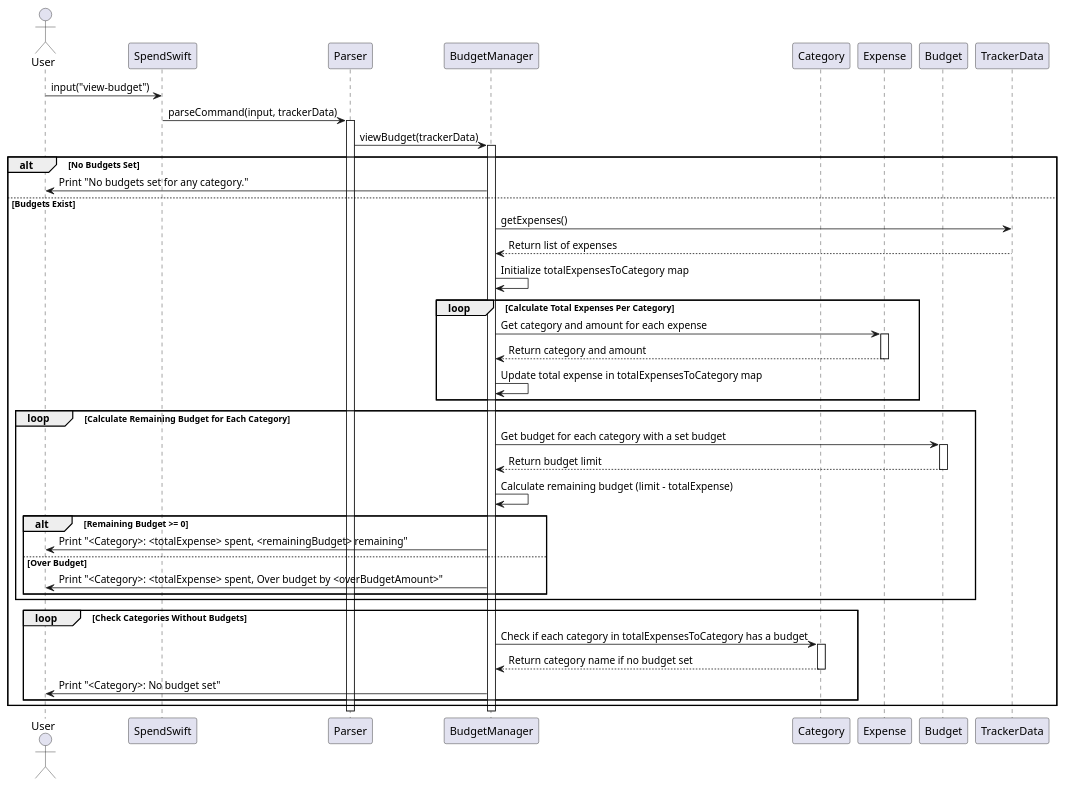
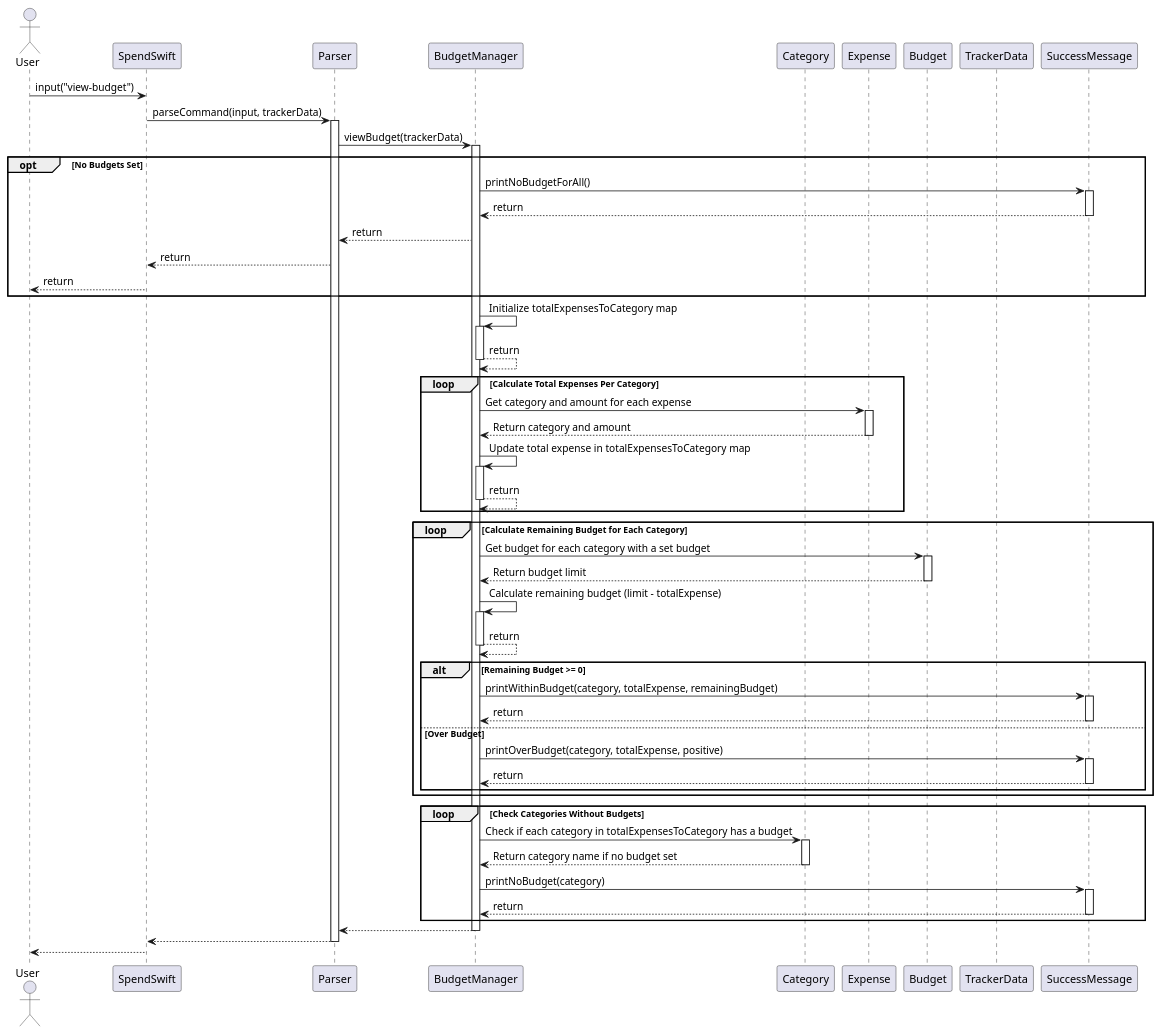
The diagram in docs/diagrams/ViewBudget.puml (nus-cs2113-AY2425S1/tp), drawn with PlantUML before and after one commit. The commit also changed 2 other files, not shown here.

Commit message:
Add view-budget sequence diagram

```diff
--- a/docs/diagrams/ViewBudget.puml
+++ b/docs/diagrams/ViewBudget.puml
@@ -1,63 +1,88 @@
 @startuml
 
 actor User
 participant SpendSwift
 participant Parser
 participant BudgetManager
 participant Category
 participant Expense
 participant Budget
 participant TrackerData
+participant SuccessMessage
 
 User -> SpendSwift : input("view-budget")
 SpendSwift -> Parser : parseCommand(input, trackerData)
 
 activate Parser
 Parser -> BudgetManager : viewBudget(trackerData)
 activate BudgetManager
 
-alt No Budgets Set
-    BudgetManager -> User : Print "No budgets set for any category."
-else Budgets Exist
-    BudgetManager -> TrackerData : getExpenses()
-    TrackerData --> BudgetManager : Return list of expenses
+opt No Budgets Set
+    BudgetManager -> SuccessMessage : printNoBudgetForAll()
+    activate SuccessMessage
+    SuccessMessage --> BudgetManager : return
+    deactivate SuccessMessage
+    BudgetManager --> Parser : return
+    Parser --> SpendSwift : return
+    SpendSwift --> User : return
+end
 
     BudgetManager -> BudgetManager : Initialize totalExpensesToCategory map
+    activate BudgetManager
+    BudgetManager --> BudgetManager : return
+    deactivate BudgetManager
 
     loop Calculate Total Expenses Per Category
         BudgetManager -> Expense : Get category and amount for each expense
         activate Expense
         Expense --> BudgetManager : Return category and amount
         deactivate Expense
 
         BudgetManager -> BudgetManager : Update total expense in totalExpensesToCategory map
+        activate BudgetManager
+            BudgetManager --> BudgetManager : return
+        deactivate BudgetManager
     end
 
     loop Calculate Remaining Budget for Each Category
         BudgetManager -> Budget : Get budget for each category with a set budget
         activate Budget
         Budget --> BudgetManager : Return budget limit
         deactivate Budget
 
         BudgetManager -> BudgetManager : Calculate remaining budget (limit - totalExpense)
+        activate BudgetManager
+        BudgetManager --> BudgetManager : return
+        deactivate BudgetManager
 
         alt Remaining Budget >= 0
-            BudgetManager -> User : Print "<Category>: <totalExpense> spent, <remainingBudget> remaining"
+            BudgetManager -> SuccessMessage : printWithinBudget(category, totalExpense, remainingBudget)
+            activate SuccessMessage
+            SuccessMessage --> BudgetManager : return
+            deactivate SuccessMessage
         else Over Budget
-            BudgetManager -> User : Print "<Category>: <totalExpense> spent, Over budget by <overBudgetAmount>"
+            BudgetManager -> SuccessMessage : printOverBudget(category, totalExpense, positive)
+            activate SuccessMessage
+            SuccessMessage --> BudgetManager : return
+            deactivate SuccessMessage
         end
     end
 
     loop Check Categories Without Budgets
         BudgetManager -> Category : Check if each category in totalExpensesToCategory has a budget
         activate Category
         Category --> BudgetManager : Return category name if no budget set
         deactivate Category
 
-        BudgetManager -> User : Print "<Category>: No budget set"
+        BudgetManager -> SuccessMessage : printNoBudget(category)
+        activate SuccessMessage
+        SuccessMessage --> BudgetManager : return
+        deactivate SuccessMessage
     end
-end
+BudgetManager --> Parser
 deactivate BudgetManager
+Parser --> SpendSwift
 deactivate Parser
-
+SpendSwift --> User
+deactivate SpendSwift
 @enduml
```
